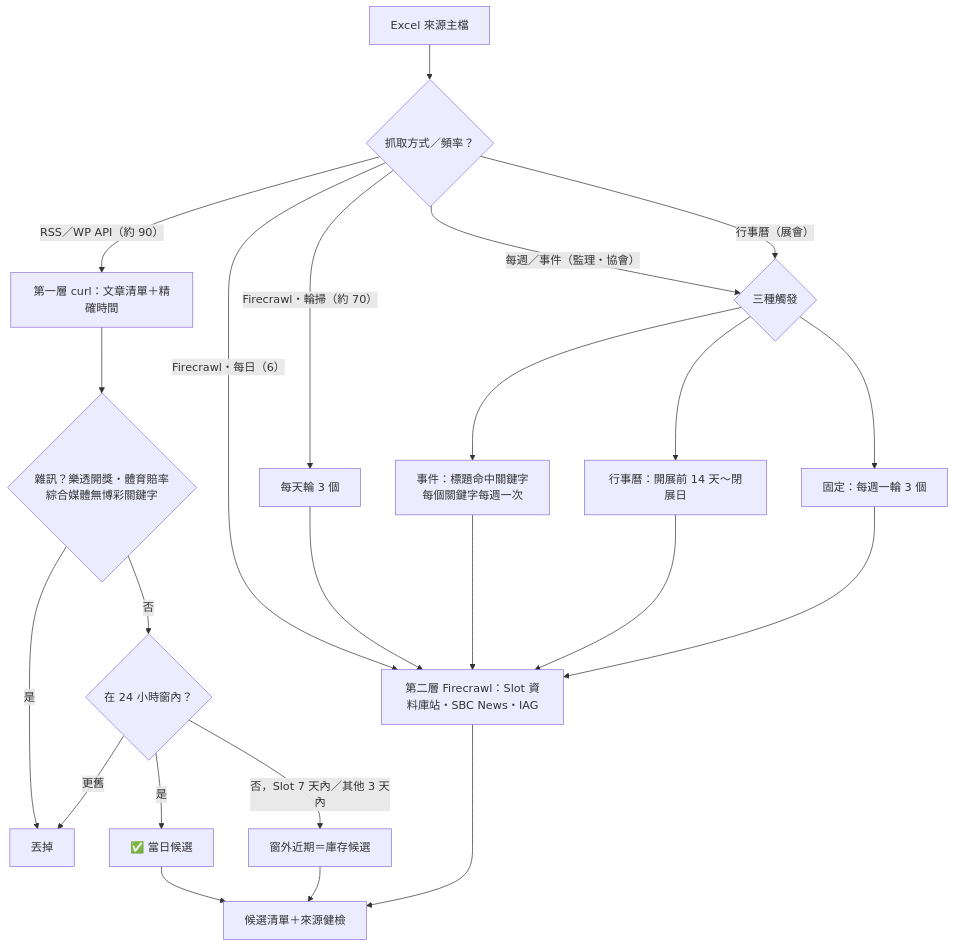
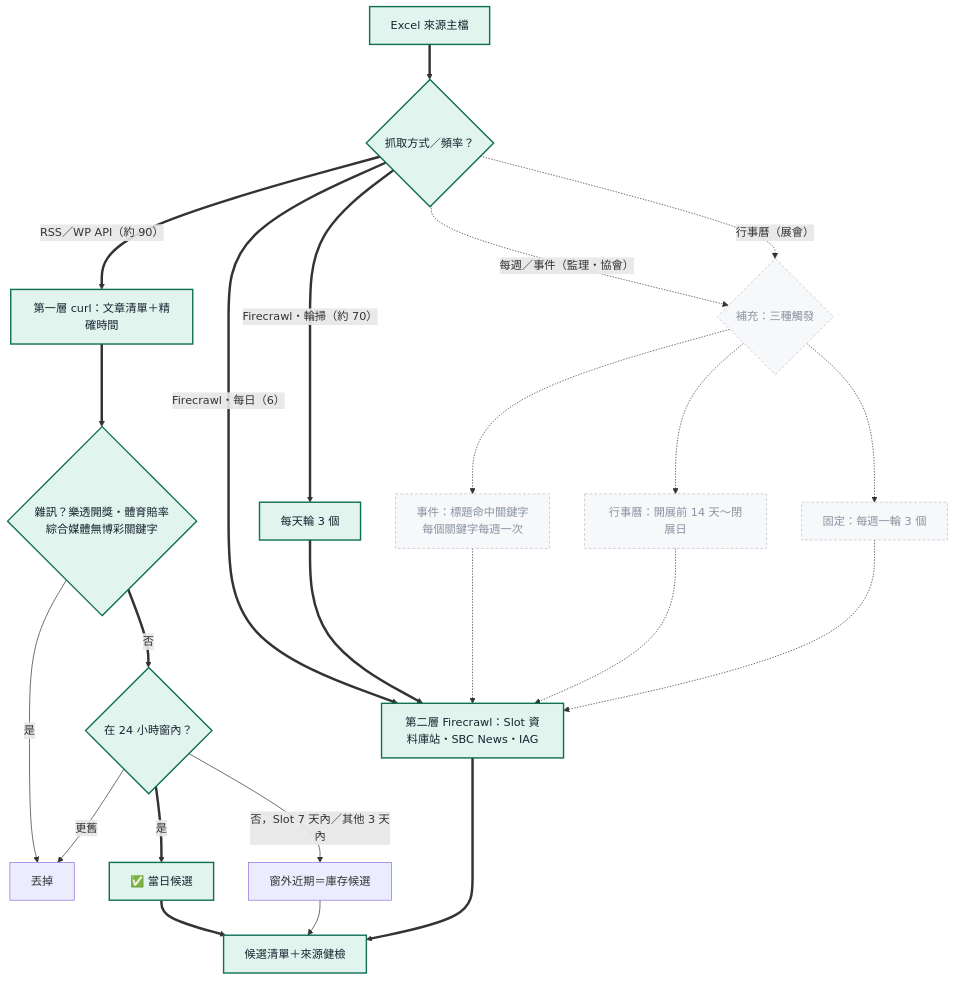
Before and after one commit to igaming-pulse/igaming-daily: the second of 5 diagrams in OutputLogic.md, drawn with Mermaid. The commit also changed other lines of this file and 1 other file, not shown here.

````diff
--- a/OutputLogic.md
+++ b/OutputLogic.md
@@ -36,25 +60,29 @@
 ```mermaid
 flowchart TD
-  S["Excel 來源主檔"] --> W{"抓取方式／頻率？"}
-  W -- "RSS／WP API（約 90）" --> L1["第一層 curl：文章清單＋精確時間"]
-  W -- "Firecrawl・每日（6）" --> L2["第二層 Firecrawl：Slot 資料庫站・SBC News・IAG"]
-  W -- "Firecrawl・輪掃（約 70）" --> RT["每天輪 3 個"]
-  W -- "每週／事件（監理・協會）" --> TR{"三種觸發"}
-  W -- "行事曆（展會）" --> TR
-  TR --> E1["事件：標題命中關鍵字<br/>每個關鍵字每週一次"]
-  TR --> E2["行事曆：開展前 14 天～閉展日"]
-  TR --> E3["固定：每週一輪 3 個"]
-  RT --> L2
-  E1 --> L2
-  E2 --> L2
-  E3 --> L2
-  L1 --> NZ{"雜訊？樂透開獎・體育賠率<br/>綜合媒體無博彩關鍵字"}
+  S["Excel 來源主檔"] ==> W{"抓取方式／頻率？"}
+  W == "RSS／WP API（約 90）" ==> L1["第一層 curl：文章清單＋精確時間"]
+  W == "Firecrawl・每日（6）" ==> L2["第二層 Firecrawl：Slot 資料庫站・SBC News・IAG"]
+  W == "Firecrawl・輪掃（約 70）" ==> RT["每天輪 3 個"]
+  W -. "每週／事件（監理・協會）" .-> TR{"補充：三種觸發"}
+  W -. "行事曆（展會）" .-> TR
+  TR -.-> E1["事件：標題命中關鍵字<br/>每個關鍵字每週一次"]
+  TR -.-> E2["行事曆：開展前 14 天～閉展日"]
+  TR -.-> E3["固定：每週一輪 3 個"]
+  RT ==> L2
+  E1 -.-> L2
+  E2 -.-> L2
+  E3 -.-> L2
+  L1 ==> NZ{"雜訊？樂透開獎・體育賠率<br/>綜合媒體無博彩關鍵字"}
   NZ -- 是 --> DROP["丟掉"]
-  NZ -- 否 --> TW{"在 24 小時窗內？"}
-  TW -- 是 --> IN["✅ 當日候選"]
+  NZ == 否 ==> TW{"在 24 小時窗內？"}
+  TW == 是 ==> IN["✅ 當日候選"]
   TW -- "否，Slot 7 天內／其他 3 天內" --> OLD["窗外近期＝庫存候選"]
   TW -- 更舊 --> DROP
-  IN --> OUT["候選清單＋來源健檢"]
+  IN ==> OUT["候選清單＋來源健檢"]
   OLD --> OUT
-  L2 --> OUT
+  L2 ==> OUT
+  classDef main fill:#E1F5EE,stroke:#0F6E56,stroke-width:2px,color:#1A2230
+  classDef minor fill:#F7F8FA,stroke:#B8C0CC,stroke-dasharray:4 3,color:#8A94A3
+  class S,W,L1,L2,RT,NZ,TW,IN,OUT main
+  class TR,E1,E2,E3 minor
 ```
````
